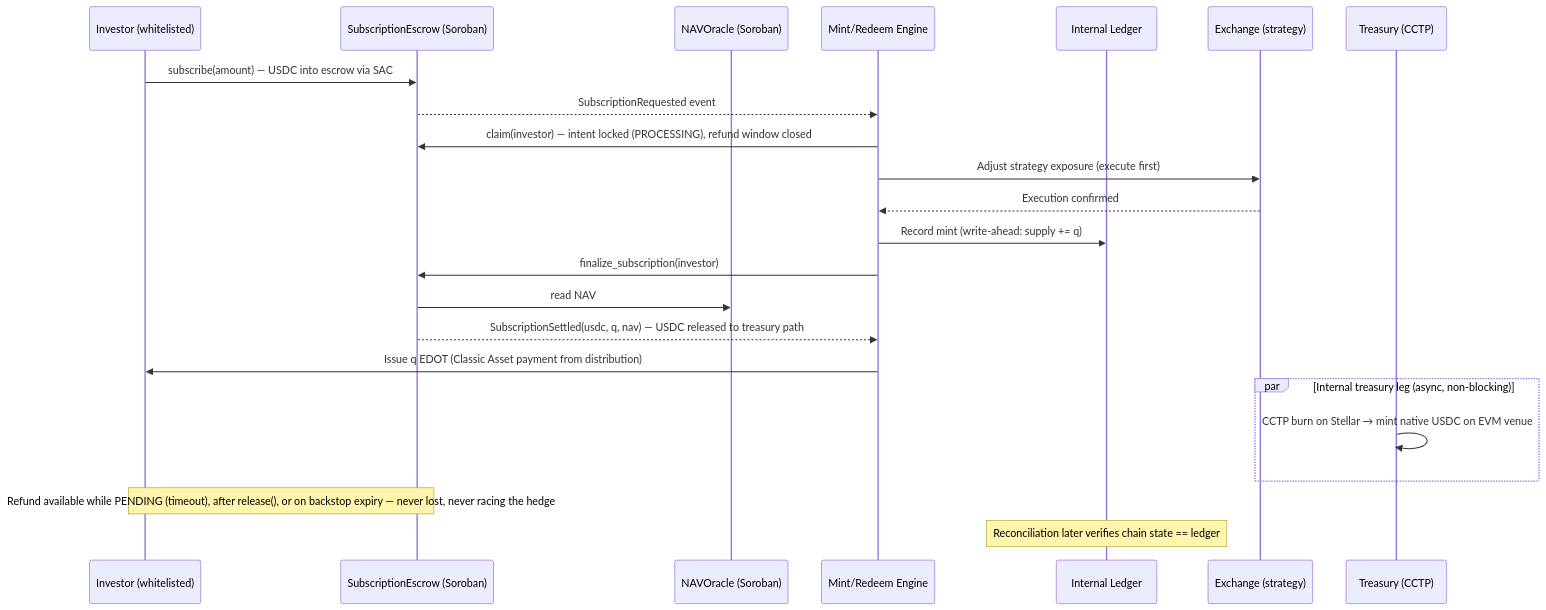
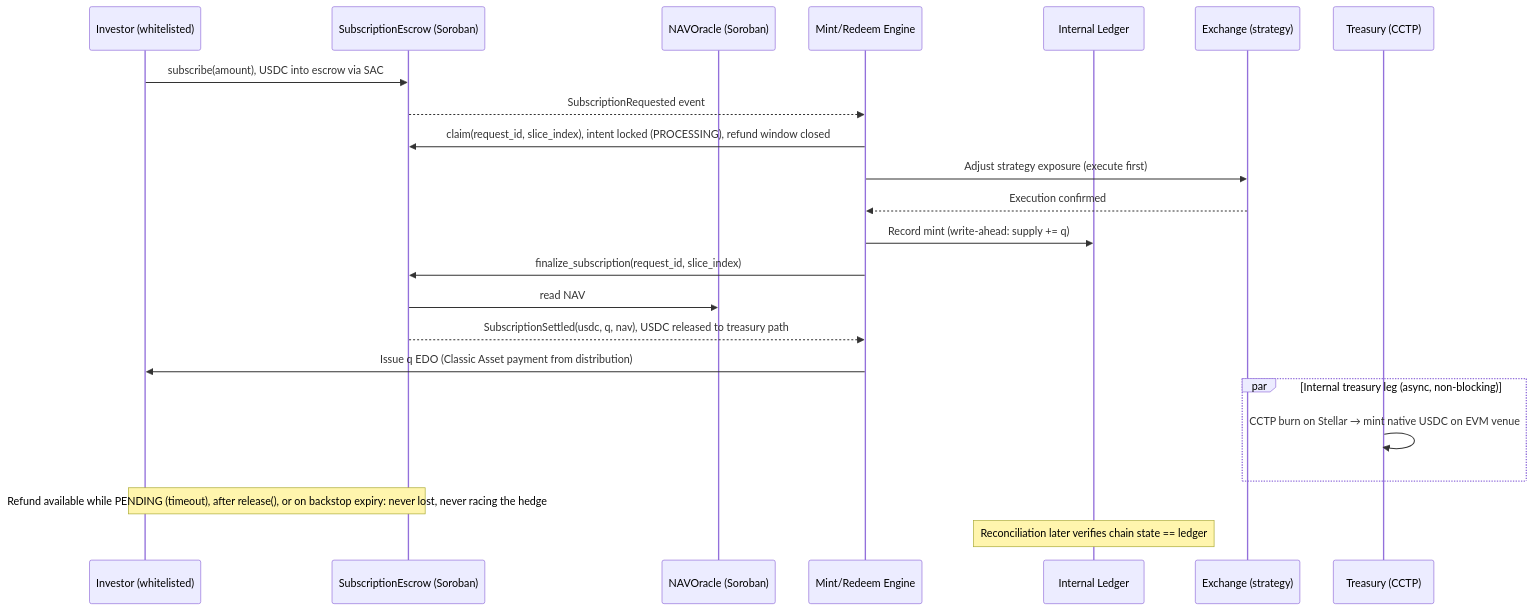
The fourth of 5 diagrams in docs/ARCHITECTURE.md (trakx/stellar-strategy-rails), drawn with Mermaid before and after one commit. The commit also changed other lines of this file, not shown here.

First line of the commit message:
Extend the architecture to cross-chain investor entry and EVM-wallet accounts

````diff
--- a/docs/ARCHITECTURE.md
+++ b/docs/ARCHITECTURE.md
@@ -153,26 +201,26 @@
 ```mermaid
 sequenceDiagram
     participant I as Investor (whitelisted)
     participant ESC as SubscriptionEscrow (Soroban)
     participant ORC as NAVOracle (Soroban)
     participant M as Mint/Redeem Engine
     participant L as Internal Ledger
     participant E as Exchange (strategy)
     participant T as Treasury (CCTP)
 
-    I->>ESC: subscribe(amount) — USDC into escrow via SAC
+    I->>ESC: subscribe(amount), USDC into escrow via SAC
     ESC-->>M: SubscriptionRequested event
-    M->>ESC: claim(investor) — intent locked (PROCESSING), refund window closed
+    M->>ESC: claim(request_id, slice_index), intent locked (PROCESSING), refund window closed
     M->>E: Adjust strategy exposure (execute first)
     E-->>M: Execution confirmed
     M->>L: Record mint (write-ahead: supply += q)
-    M->>ESC: finalize_subscription(investor)
+    M->>ESC: finalize_subscription(request_id, slice_index)
     ESC->>ORC: read NAV
-    ESC-->>M: SubscriptionSettled(usdc, q, nav) — USDC released to treasury path
-    M->>I: Issue q EDOT (Classic Asset payment from distribution)
+    ESC-->>M: SubscriptionSettled(usdc, q, nav), USDC released to treasury path
+    M->>I: Issue q EDO (Classic Asset payment from distribution)
     par Internal treasury leg (async, non-blocking)
         T->>T: CCTP burn on Stellar → mint native USDC on EVM venue
     end
-    Note over ESC,I: Refund available while PENDING (timeout), after release(), or on backstop expiry — never lost, never racing the hedge
+    Note over ESC,I: Refund available while PENDING (timeout), after release(), or on backstop expiry: never lost, never racing the hedge
     Note over L: Reconciliation later verifies chain state == ledger
 ```
````
